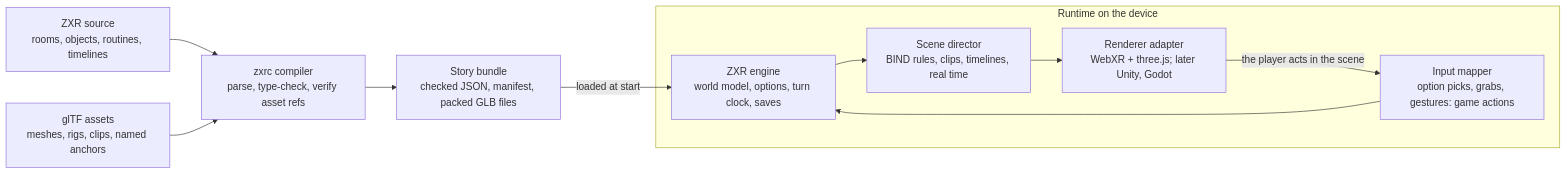
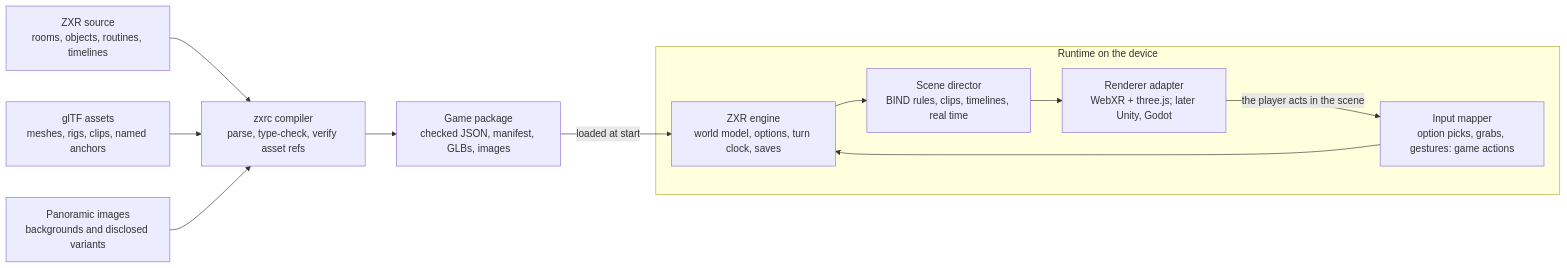
One commit to kariato/zxr changed the second of 3 diagrams in docs/design.md. Above: the diagram before and after it, drawn with Mermaid. The commit also changed other lines of this file and 468 other files, not shown here.

````diff
--- a/docs/design.md
+++ b/docs/design.md
@@ -348,13 +392,14 @@
 ```mermaid
 flowchart LR
   SRC["ZXR source<br/>rooms, objects, routines, timelines"] --> C["zxrc compiler<br/>parse, type-check, verify asset refs"]
   GLTF["glTF assets<br/>meshes, rigs, clips, named anchors"] --> C
-  C --> B["Story bundle<br/>checked JSON, manifest, packed GLB files"]
+  BG["Panoramic images<br/>backgrounds and disclosed variants"] --> C
+  C --> B["Game package<br/>checked JSON, manifest, GLBs, images"]
   subgraph RT["Runtime on the device"]
     IN["Input mapper<br/>option picks, grabs, gestures: game actions"] --> VM["ZXR engine<br/>world model, options, turn clock, saves"]
     VM --> SD["Scene director<br/>BIND rules, clips, timelines, real time"]
     SD --> R["Renderer adapter<br/>WebXR + three.js; later Unity, Godot"]
     R -- the player acts in the scene --> IN
   end
   B -- loaded at start --> VM
 ```
````
